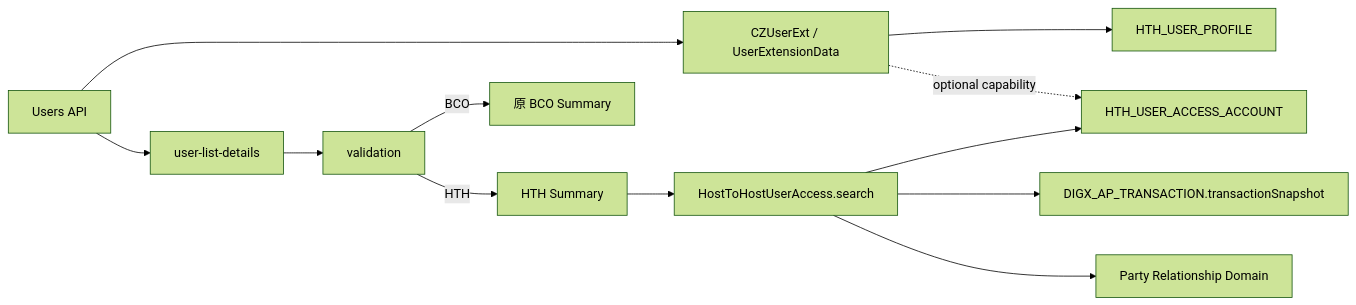
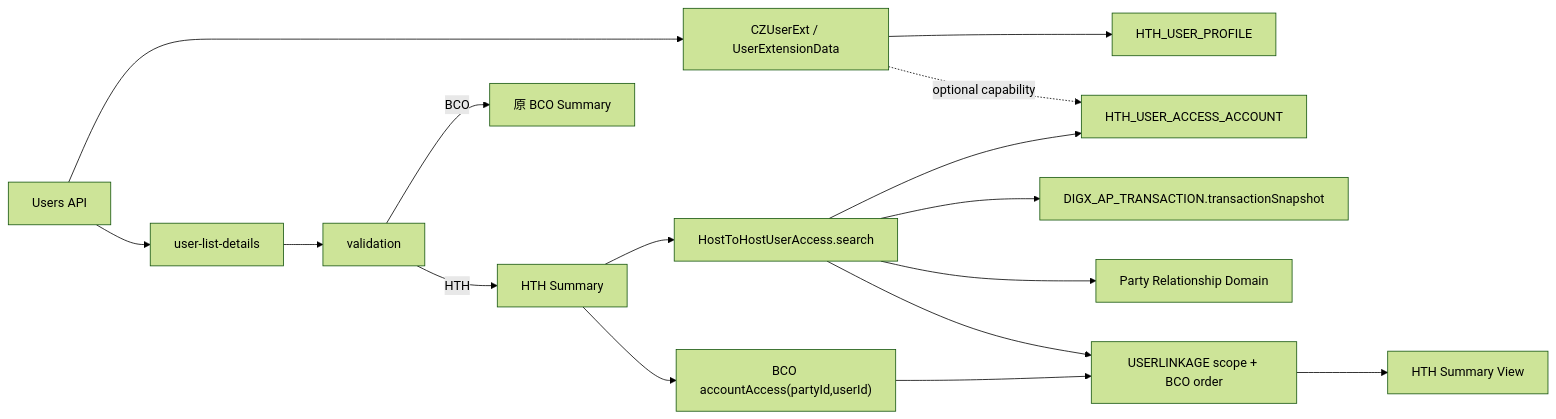
Before and after one commit to BEA-WilliamWu/mcdp-h5-demo-int: the diagram in story/User Accounts & Services Access/BCOH2H-538-TECHNICAL-DESIGN.md, drawn with Mermaid (forest theme). The commit also changed other lines of this file and 30 other files, not shown here.

Commit message:
feat(hth): align user access workflows with BCO

````diff
--- a/story/User Accounts & Services Access/BCOH2H-538-TECHNICAL-DESIGN.md
+++ b/story/User Accounts & Services Access/BCOH2H-538-TECHNICAL-DESIGN.md
@@ -47,14 +60,18 @@
 ```mermaid
 flowchart LR
     USER_API["Users API"] --> SMS["CZUserExt / UserExtensionData"]
     SMS --> PROFILE["HTH_USER_PROFILE"]
     SMS -. "optional capability" .-> EFFECTIVE["HTH_USER_ACCESS_ACCOUNT"]
     USER_API --> LIST["user-list-details"]
     LIST --> VALIDATION["validation"]
     VALIDATION -->|BCO| BCO["原 BCO Summary"]
     VALIDATION -->|HTH| SUMMARY["HTH Summary"]
     SUMMARY --> SEARCH["HostToHostUserAccess.search"]
+    SUMMARY --> BCO_SCOPE["BCO accountAccess(partyId,userId)"]
     SEARCH --> EFFECTIVE
     SEARCH --> REQUEST["DIGX_AP_TRANSACTION.transactionSnapshot"]
     SEARCH --> RELATION["Party Relationship Domain"]
+    BCO_SCOPE --> COMPOSE["USERLINKAGE scope + BCO order"]
+    SEARCH --> COMPOSE
+    COMPOSE --> VIEW["HTH Summary View"]
 ```
````
